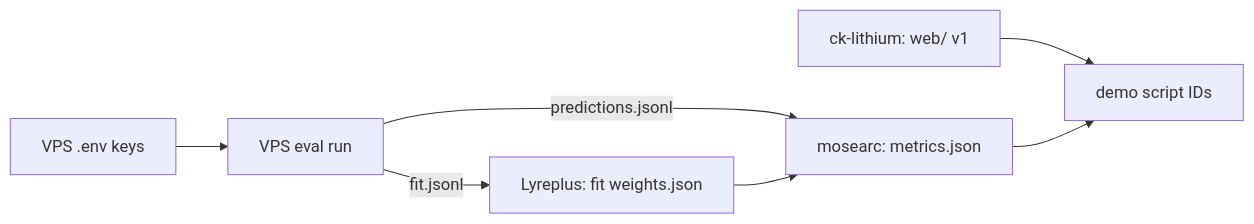
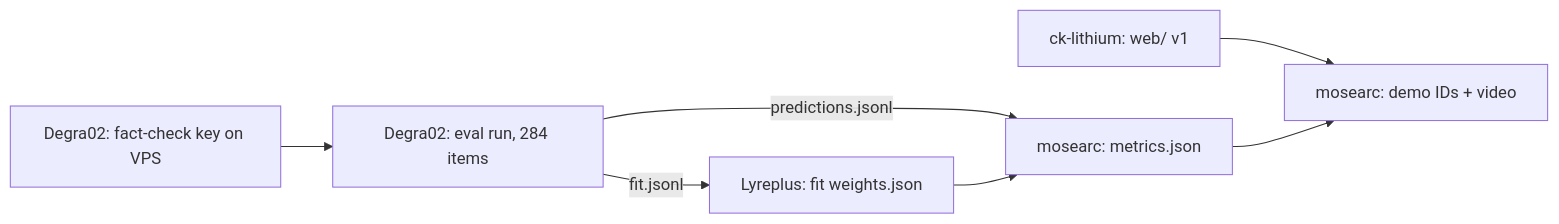
One commit to Degra02/junction-2026 changed the diagram in docs/next-steps.md. Above: the diagram before and after it, drawn with Mermaid. The commit also changed other lines of this file, not shown here.

Commit message:
next-steps: Sat 18:30 round; live VPS runs, fact-check key, frontend overdue

````diff
--- a/docs/next-steps.md
+++ b/docs/next-steps.md
@@ -14,9 +22,9 @@
 ```mermaid
 flowchart LR
-  ENV[VPS .env keys] --> RUN[VPS eval run]
+  KEY[Degra02: fact-check key on VPS] --> RUN[Degra02: eval run, 284 items]
   RUN -->|fit.jsonl| FIT[Lyreplus: fit weights.json]
   RUN -->|predictions.jsonl| MET[mosearc: metrics.json]
   FIT --> MET
-  FE[ck-lithium: web/ v1] --> DEMO[demo script IDs]
+  FE[ck-lithium: web/ v1] --> DEMO[mosearc: demo IDs + video]
   MET --> DEMO
 ```
````
